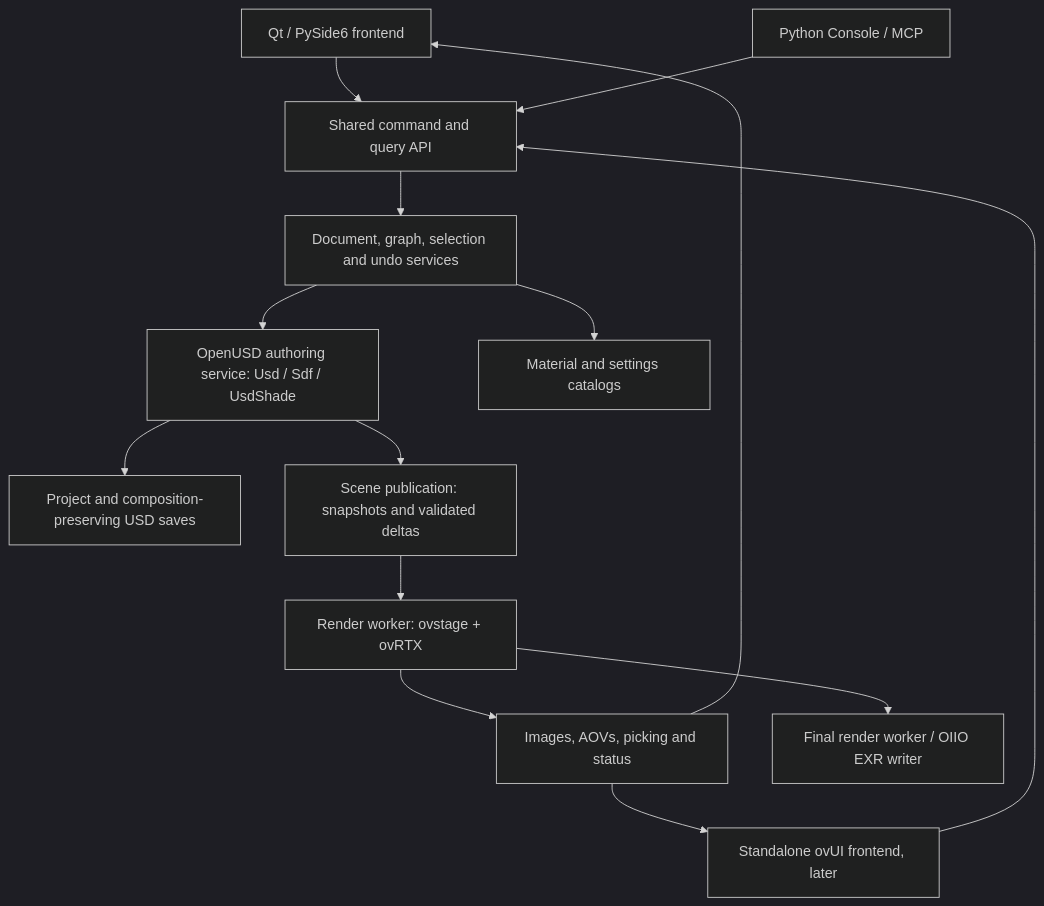
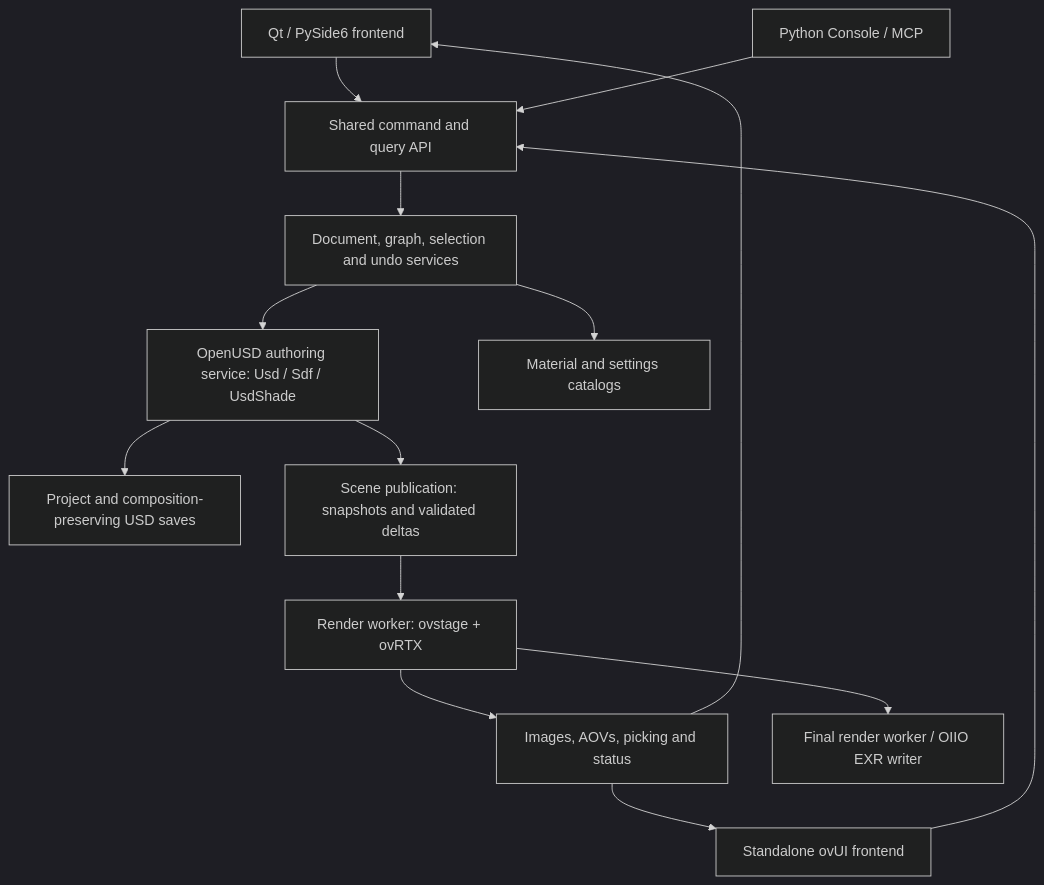
One commit to dillonbbailey/OmniLab changed the diagram in docs/IMPLEMENTATION_PLAN.md. Above: the diagram before and after it, drawn with Mermaid (dark theme). The commit also changed other lines of this file and 34 other files, not shown here.

Commit message:
Add standalone ovUI frontend over shared USD and render services

````diff
--- a/docs/IMPLEMENTATION_PLAN.md
+++ b/docs/IMPLEMENTATION_PLAN.md
@@ -25,16 +25,16 @@
 ```mermaid
 flowchart TD
     Qt[Qt / PySide6 frontend] --> API[Shared command and query API]
-    OV[Standalone ovUI frontend, later] --> API
+    OV[Standalone ovUI frontend] --> API
     Console[Python Console / MCP] --> API
     API --> Core[Document, graph, selection and undo services]
     Core --> USD[OpenUSD authoring service: Usd / Sdf / UsdShade]
     USD --> Disk[Project and composition-preserving USD saves]
     USD --> Sync[Scene publication: snapshots and validated deltas]
     Core --> Catalog[Material and settings catalogs]
     Sync --> Runtime[Render worker: ovstage + ovRTX]
     Runtime --> Frames[Images, AOVs, picking and status]
     Frames --> Qt
     Frames --> OV
     Runtime --> Output[Final render worker / OIIO EXR writer]
 ```
````
